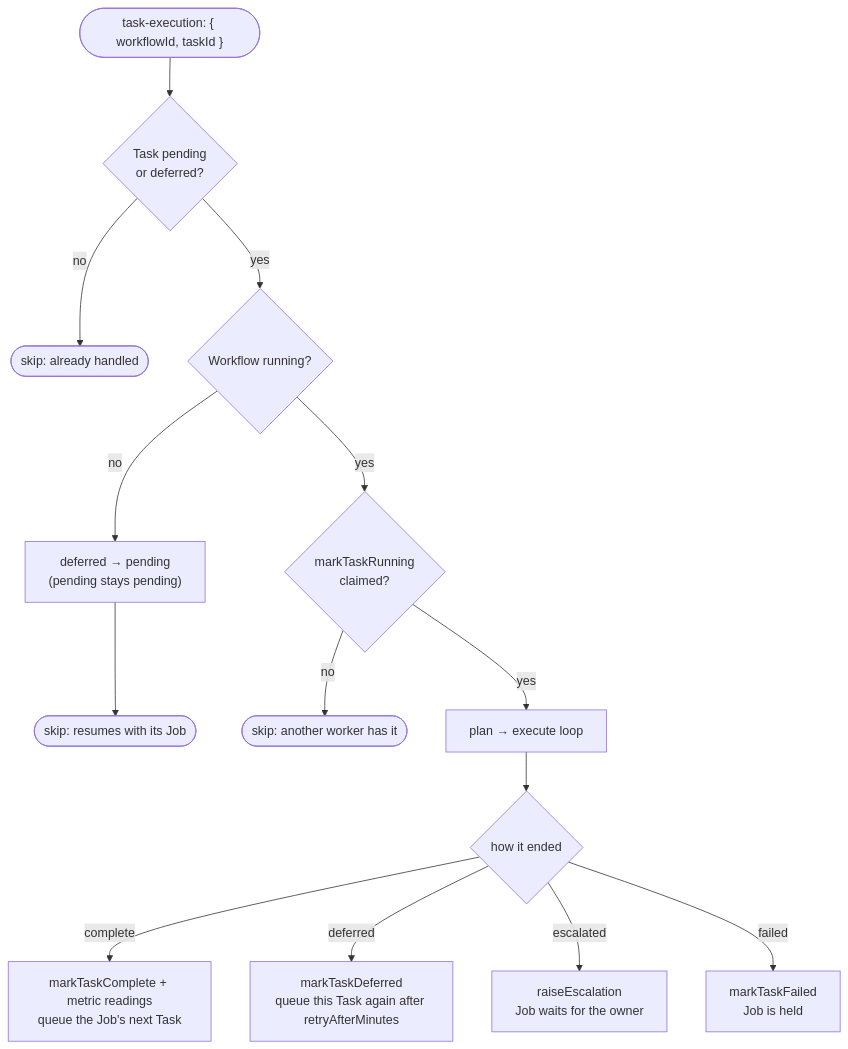
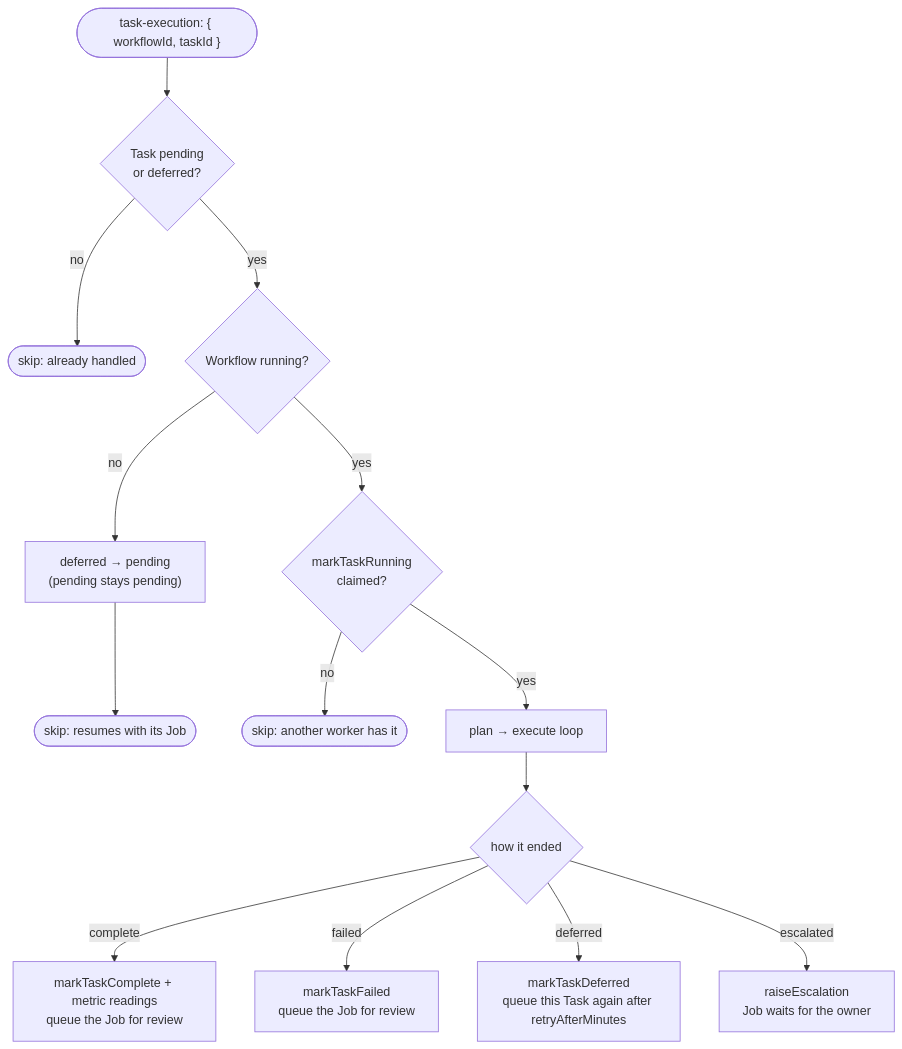
The fourth of 4 diagrams in packages/backend/src/governance/processors/tech-spec.md (BaraaSoft/agentcores), drawn with Mermaid before and after one commit. The commit also changed other lines of this file and 36 other files, not shown here.

First line of the commit message:
Enhance job and task management in governance module

````diff
--- a/packages/backend/src/governance/processors/tech-spec.md
+++ b/packages/backend/src/governance/processors/tech-spec.md
@@ -172,15 +234,15 @@
 ```mermaid
 flowchart TD
     Start(["task-execution: { workflowId, taskId }"]) --> Status{"Task pending<br/>or deferred?"}
     Status -- no --> Skip(["skip: already handled"])
     Status -- yes --> Running{"Workflow running?"}
     Running -- no --> Paused["deferred → pending<br/>(pending stays pending)"] --> Skip2(["skip: resumes with its Job"])
     Running -- yes --> Claim{"markTaskRunning<br/>claimed?"}
     Claim -- no --> Skip3(["skip: another worker has it"])
     Claim -- yes --> Loop["plan → execute loop"]
     Loop --> End{"how it ended"}
-    End -- complete --> C["markTaskComplete + metric readings<br/>queue the Job's next Task"]
+    End -- complete --> C["markTaskComplete + metric readings<br/>queue the Job for review"]
+    End -- failed --> F["markTaskFailed<br/>queue the Job for review"]
     End -- deferred --> D["markTaskDeferred<br/>queue this Task again after retryAfterMinutes"]
     End -- escalated --> E["raiseEscalation<br/>Job waits for the owner"]
-    End -- failed --> F["markTaskFailed<br/>Job is held"]
 ```
````
